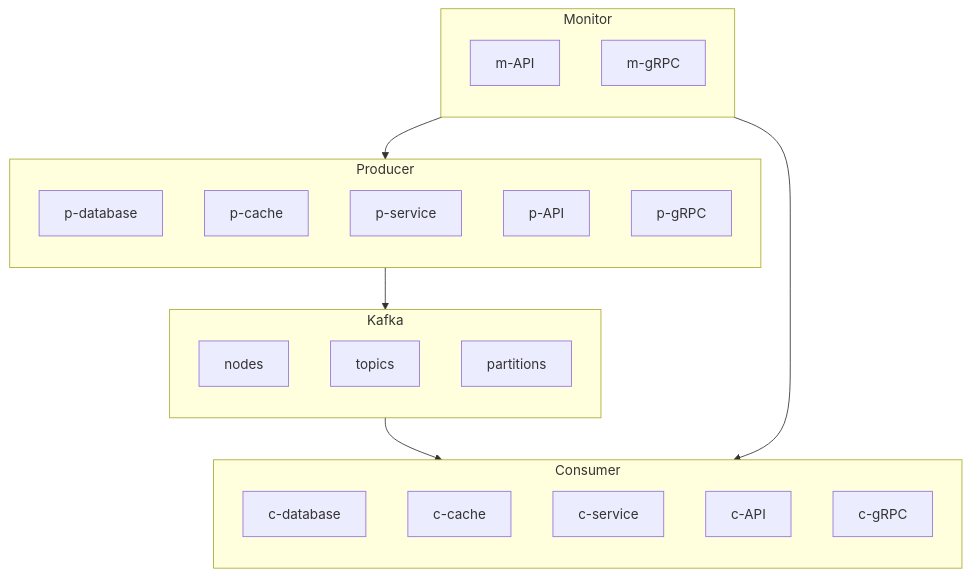
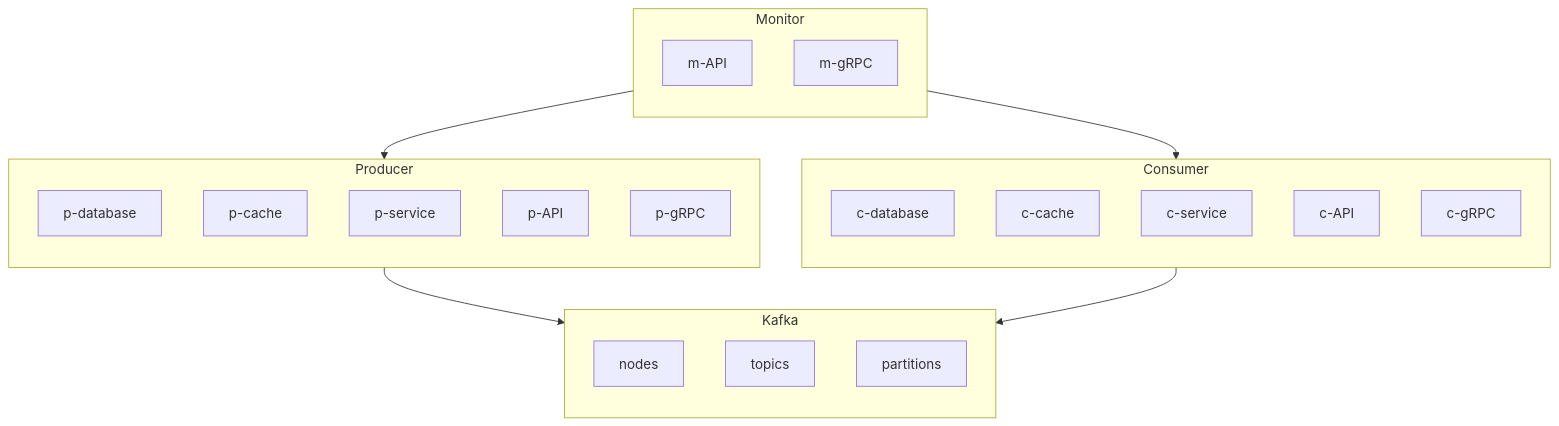
The diagram in README.md (BurhanH/proxeneta), drawn with Mermaid before and after one commit.

````diff
--- a/README.md
+++ b/README.md
@@ -4,35 +4,35 @@
 ```mermaid
 flowchart TD;
     subgraph Producer;
         direction TB;
         p-database;
         p-cache;
         p-service;
         p-API;
         p-gRPC;
     end
     subgraph Kafka;
         direction TB;
         nodes;
         topics;
         partitions;
     end
     subgraph Consumer;
         direction TB;
         c-database;
         c-cache;
         c-service;
         c-API;
         c-gRPC;
     end
     subgraph Monitor;
         direction TB;
         m-API;
         m-gRPC;
     end
 
-    Producer --> Kafka;
-    Kafka --> Consumer;
     Monitor --> Producer;
     Monitor --> Consumer;
+    Producer --> Kafka;
+    Consumer --> Kafka;
 ```
````
